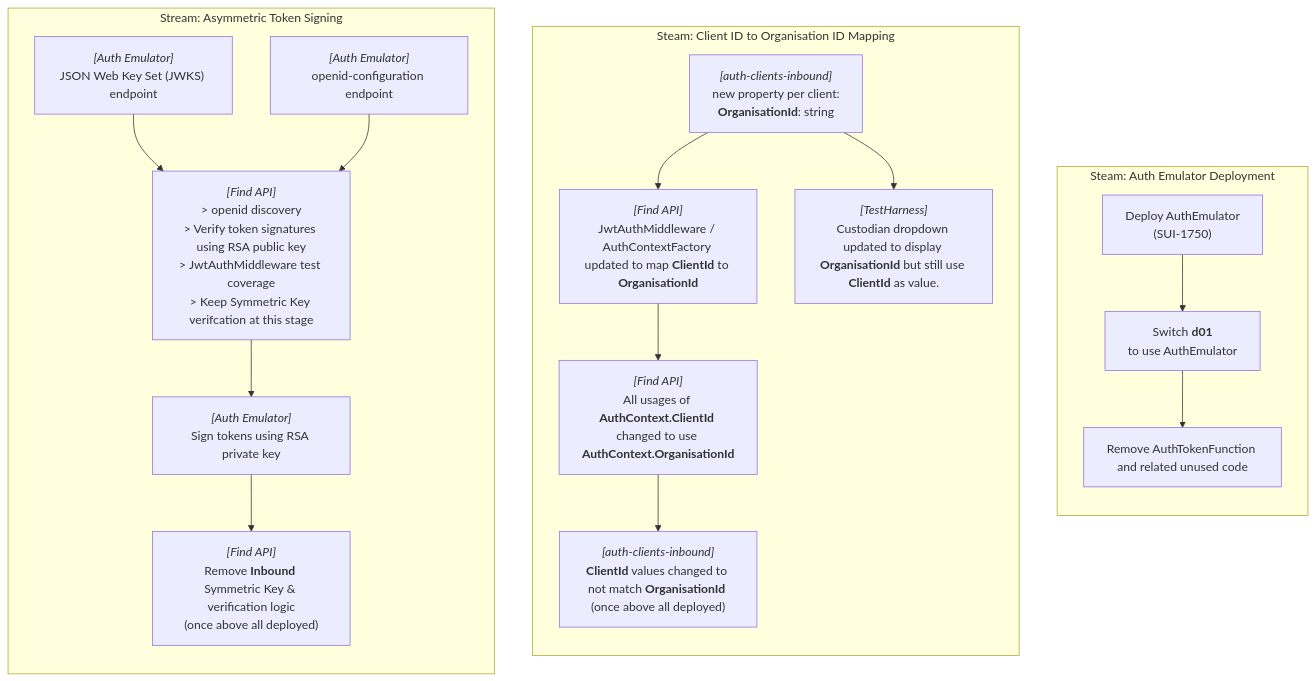
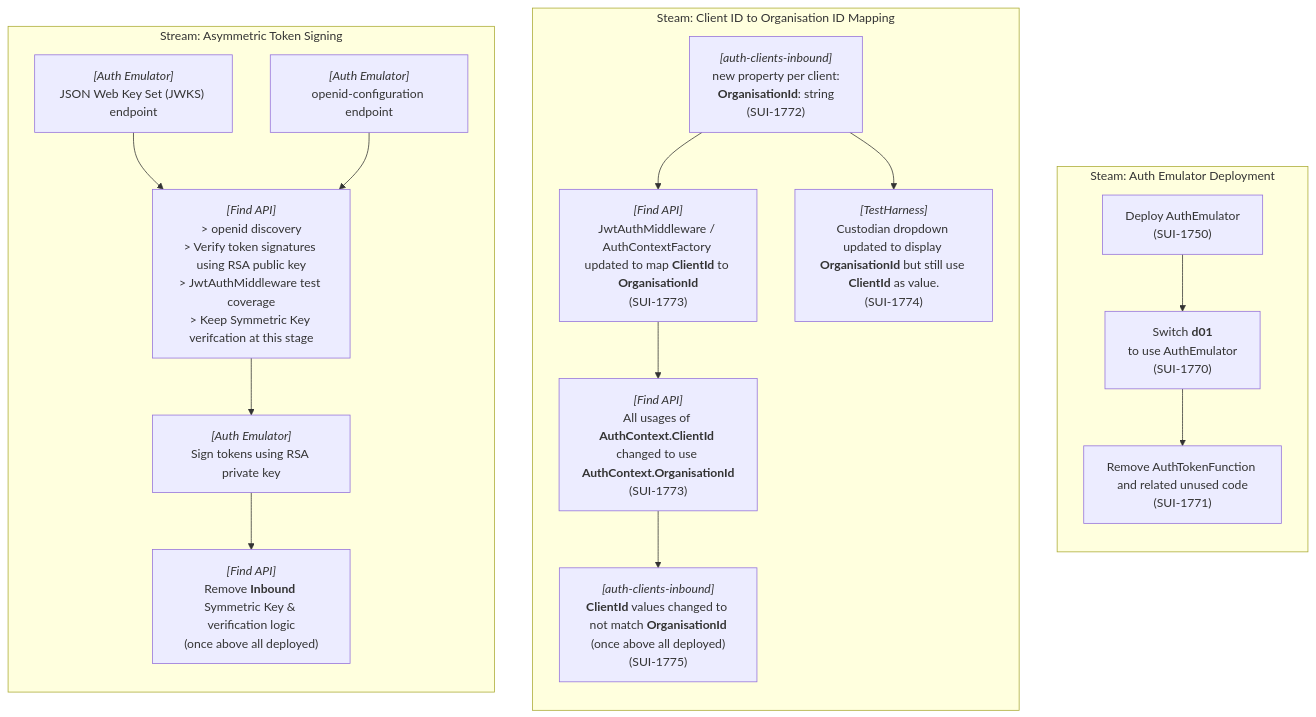
The third of 3 diagrams in Docs/Design/Authentication/GenericAuthModel.md (DFE-Digital/single-unique-identifier), drawn with Mermaid before and after one commit. The commit also changed other lines of this file, not shown here.

Commit message:
docs(AuthEvolution): SUI-1607 - created various tickets

````diff
--- a/Docs/Design/Authentication/GenericAuthModel.md
+++ b/Docs/Design/Authentication/GenericAuthModel.md
@@ -170,74 +168,81 @@
 ```mermaid
 flowchart
     subgraph DeployAuthEmulator ["Steam: Auth Emulator Deployment"]
         direction TB
 
         deployAuthEmulator["`Deploy AuthEmulator
             (SUI-1750)`"]
 
-        %% rs-todo: Create ticket for switching d01 across to using the new Auth Emulator (d02 we'll do in a batch at a later date)
         authEmulatorSwitchD01["`Switch **d01**
-            to use AuthEmulator`"]
+            to use AuthEmulator
+            (SUI-1770)`"]
 
-        removeAuthTokenFunction["Remove AuthTokenFunction and related unused code"]
+        removeAuthTokenFunction["`Remove AuthTokenFunction and related unused code
+            (SUI-1771)`"]
 
         deployAuthEmulator --> authEmulatorSwitchD01 --> removeAuthTokenFunction
     end
 
     subgraph StreamClientIDs ["Steam: Client ID to Organisation ID Mapping"]
         direction TB
 
         newProp["`_[auth-clients-inbound]_
             new property per client:
-            **OrganisationId**: string`"]
+            **OrganisationId**: string
+            (SUI-1772)`"]
 
         mapNewProp["`_[Find API]_
-            JwtAuthMiddleware / AuthContextFactory updated to map **ClientId** to **OrganisationId**`"]
+            JwtAuthMiddleware / AuthContextFactory updated to map **ClientId** to **OrganisationId**
+            (SUI-1773)`"]
 
         useNewProp["`_[Find API]_
-            All usages of **AuthContext.ClientId** changed to use **AuthContext.OrganisationId**`"]
+            All usages of **AuthContext.ClientId** changed to use **AuthContext.OrganisationId**
+            (SUI-1773)`"]
 
         updateTestHarness["`_[TestHarness]_
-            Custodian dropdown updated to display **OrganisationId** but still use **ClientId** as value.`"]
+            Custodian dropdown updated to display **OrganisationId** but still use **ClientId** as value.
+            (SUI-1774)`"]
 
         updateClientIdValues["`_[auth-clients-inbound]_
-            **ClientId** values changed to not match **OrganisationId** (once above all deployed)`"]
+            **ClientId** values changed to not match **OrganisationId**
+            (once above all deployed)
+            (SUI-1775)`"]
 
         newProp --> mapNewProp --> useNewProp--> updateClientIdValues
 
         newProp --> updateTestHarness
     end
 
     subgraph StreamAsymmetric ["Stream: Asymmetric Token Signing"]
         direction TB
 
         %% rs-todo: Create ticket inc: returns the JSON Web Key Set (JWKS) of all the current keys; Should return the public key only!; Keys should rotate over time
         JWKSEndpoint["`_[Auth Emulator]_
             JSON Web Key Set (JWKS) endpoint`"]
 
         %% rs-todo: Create ticket: inc: As a minimum, should return all of the required values as specified in: https://openid.net/specs/openid-connect-discovery-1_0.html#ProviderConfig
         OIDCConfigEndpoint["`_[Auth Emulator]_
             openid-configuration endpoint`"]
 
         RSAVerify["`_[Find API]_
             > openid discovery
             > Verify token signatures using RSA public key
             > JwtAuthMiddleware test coverage
             > Keep Symmetric Key verifcation at this stage`"]
 
         %% rs-todo: Create ticket including details about using RSA AsymmetricSecurityKey
         SignWithRSA["`_[Auth Emulator]_
             Sign tokens using RSA private key`"]
 
         %% rs-todo: Create ticket including auth-clients-inbound issuer, audience and defaultTokenLifetimeMinutes should be moved to Auth Emulator
         RemoveInboundSymmetricKey["`_[Find API]_
             Remove **Inbound** Symmetric Key & verification logic
             (once above all deployed)`"]
 
         JWKSEndpoint --> RSAVerify
 
         OIDCConfigEndpoint --> RSAVerify
 
         RSAVerify --> SignWithRSA --> RemoveInboundSymmetricKey
     end
 ```
````
